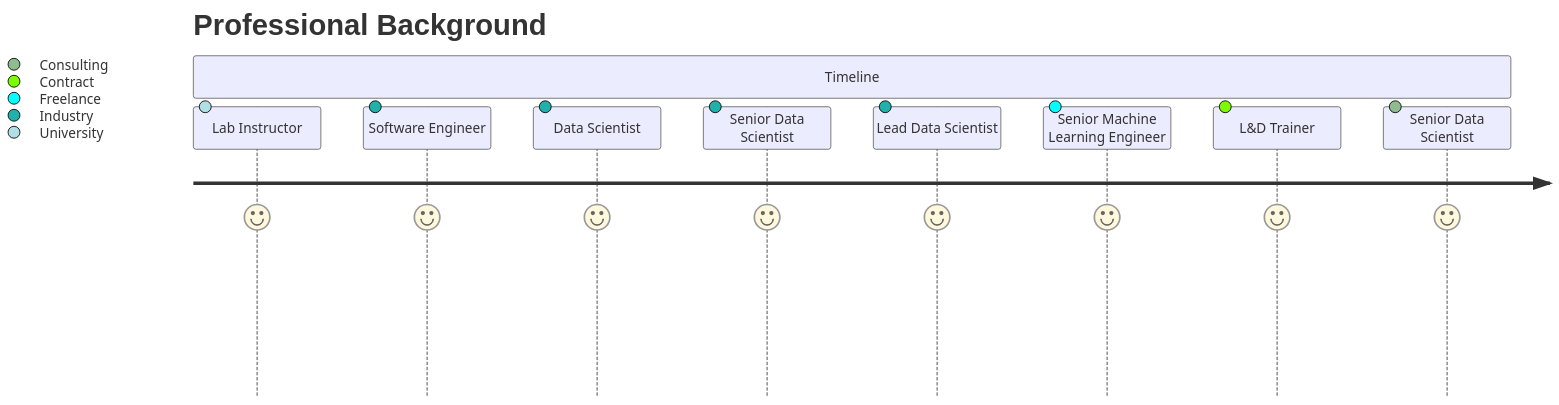
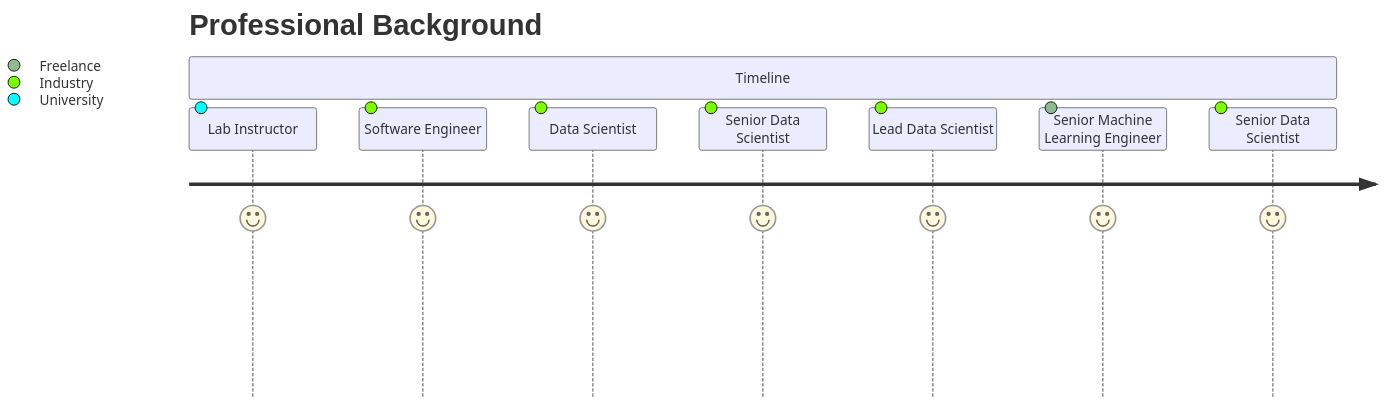
The first of 2 diagrams in README.md (muhammad-ahsan/muhammad-ahsan), drawn with Mermaid before and after one commit.

````diff
--- a/README.md
+++ b/README.md
@@ -13,14 +13,13 @@
 ```mermaid
 
 journey
     title Professional Background
     section Timeline
       Lab Instructor: 7: University
       Software Engineer: 7: Industry
       Data Scientist: 7: Industry
       Senior Data Scientist: 7: Industry
       Lead Data Scientist: 7: Industry
       Senior Machine Learning Engineer: 7: Freelance
-      L&D Trainer: 7: Contract
-      Senior Data Scientist: 7: Consulting
+      Senior Data Scientist: 7: Industry
 ```
````
